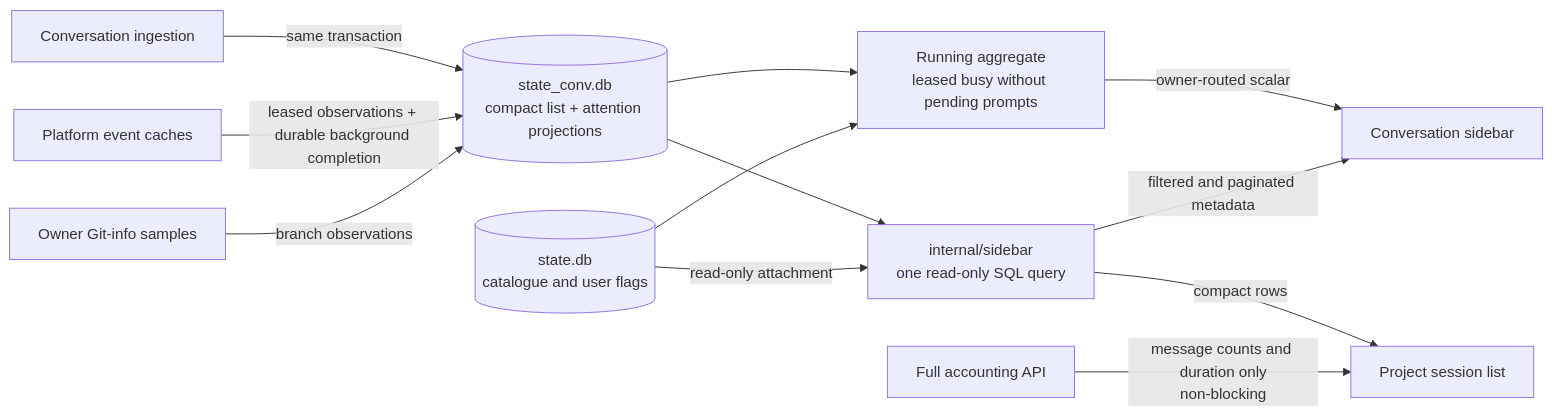
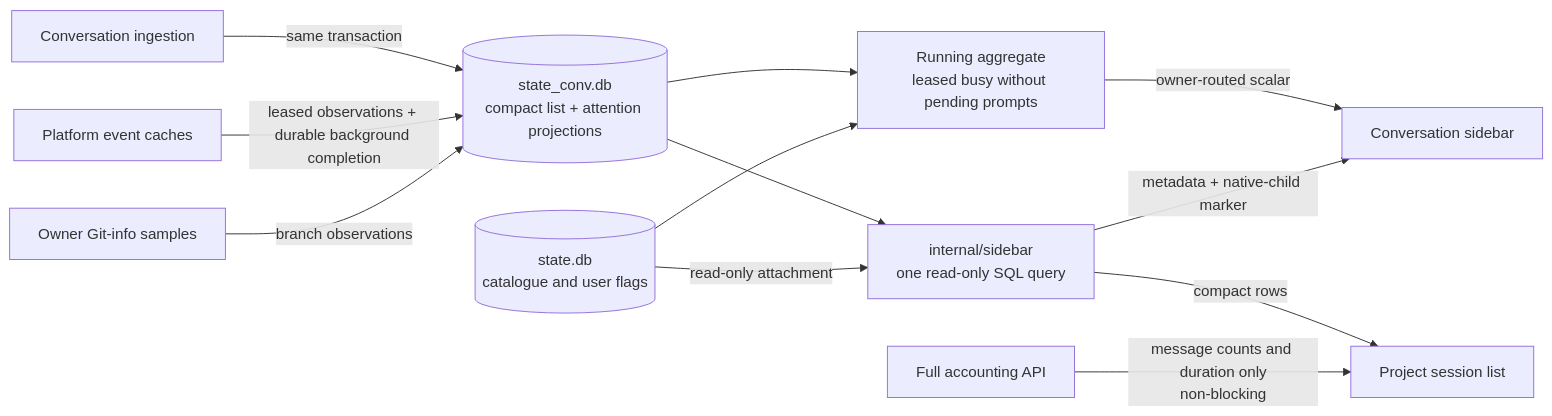
One commit to ocman/ocman changed the third of 7 diagrams in docs/other/architecture-history.md. Above: the diagram before and after it, drawn with Mermaid. The commit also changed other lines of this file and 19 other files, not shown here.

````diff
--- a/docs/other/architecture-history.md
+++ b/docs/other/architecture-history.md
@@ -368,14 +368,14 @@
 ```mermaid
 flowchart LR
     Import[Conversation ingestion] -->|same transaction| List[(state_conv.db<br/>compact list + attention projections)]
     Events[Platform event caches] -->|leased observations + durable background completion| List
     Git[Owner Git-info samples] -->|branch observations| List
     List --> Query[internal/sidebar<br/>one read-only SQL query]
     Core[(state.db<br/>catalogue and user flags)] -->|read-only attachment| Query
     List --> Count[Running aggregate<br/>leased busy without pending prompts]
     Core --> Count
     Count -->|owner-routed scalar| UI
-    Query -->|filtered and paginated metadata| UI[Conversation sidebar]
+    Query -->|metadata + native-child marker| UI[Conversation sidebar]
     Query -->|compact rows| Project[Project session list]
     Accounting[Full accounting API] -->|message counts and duration only<br/>non-blocking| Project
 ```
````
